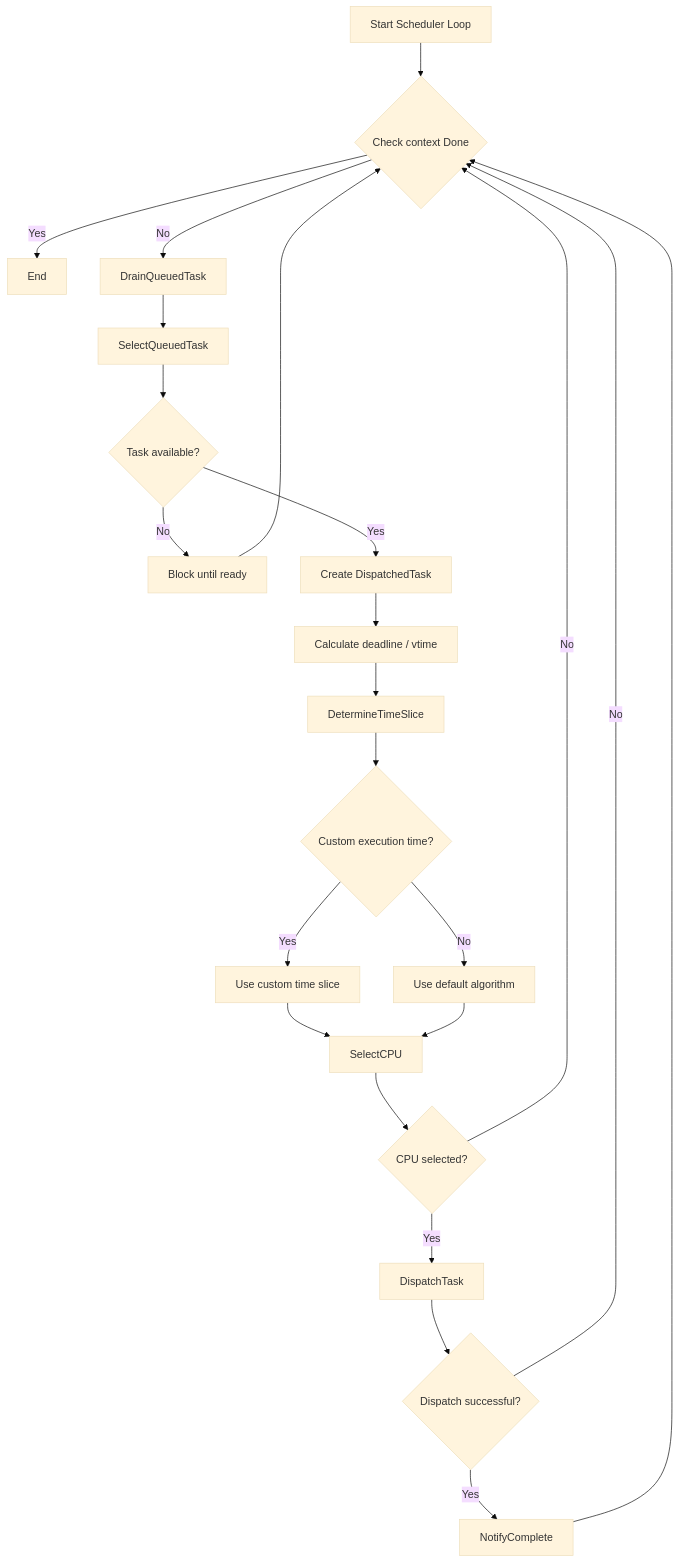
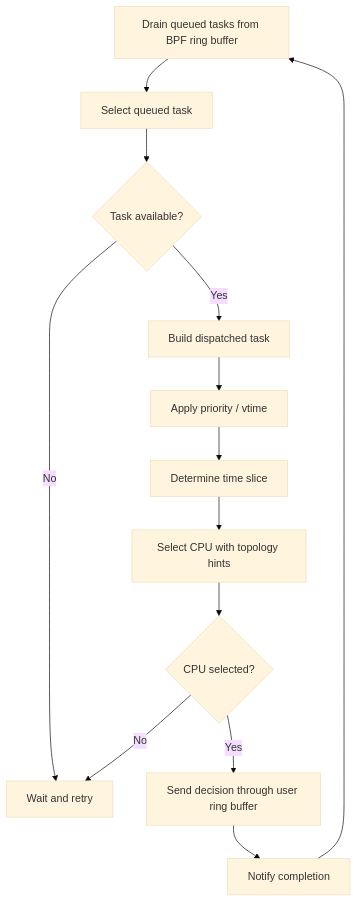
The fourth of 4 diagrams in docs/how-it-works.md (Gthulhu/docs), drawn with Mermaid (base theme) before and after one commit. The commit also changed other lines of this file and 3 other files, not shown here.

````diff
--- a/docs/how-it-works.md
+++ b/docs/how-it-works.md
@@ -118,25 +148,15 @@
 ```mermaid
 flowchart TD
-    A[Start Scheduler Loop] --> B{Check context Done}
-    B -->|Yes| D[End]
-    B -->|No| E[DrainQueuedTask]
-    E --> F[SelectQueuedTask]
-    F --> G{Task available?}
-    G -->|No| H[Block until ready]
-    H --> B
-    G -->|Yes| J[Create DispatchedTask]
-    J --> K[Calculate deadline / vtime]
-    K --> L[DetermineTimeSlice]
-    L --> M{Custom execution time?}
-    M -->|Yes| O[Use custom time slice]
-    M -->|No| P[Use default algorithm]
-    O --> Q[SelectCPU]
-    P --> Q
-    Q --> R{CPU selected?}
-    R -->|No| B
-    R -->|Yes| U[DispatchTask]
-    U --> V{Dispatch successful?}
-    V -->|No| B
-    V -->|Yes| X[NotifyComplete]
-    X --> B
+    A[Drain queued tasks from BPF ring buffer] --> B[Select queued task]
+    B --> C{Task available?}
+    C -->|No| D[Wait and retry]
+    C -->|Yes| E[Build dispatched task]
+    E --> F[Apply priority / vtime]
+    F --> G[Determine time slice]
+    G --> H[Select CPU with topology hints]
+    H --> I{CPU selected?}
+    I -->|No| D
+    I -->|Yes| J[Send decision through user ring buffer]
+    J --> K[Notify completion]
+    K --> A
 ```
````
